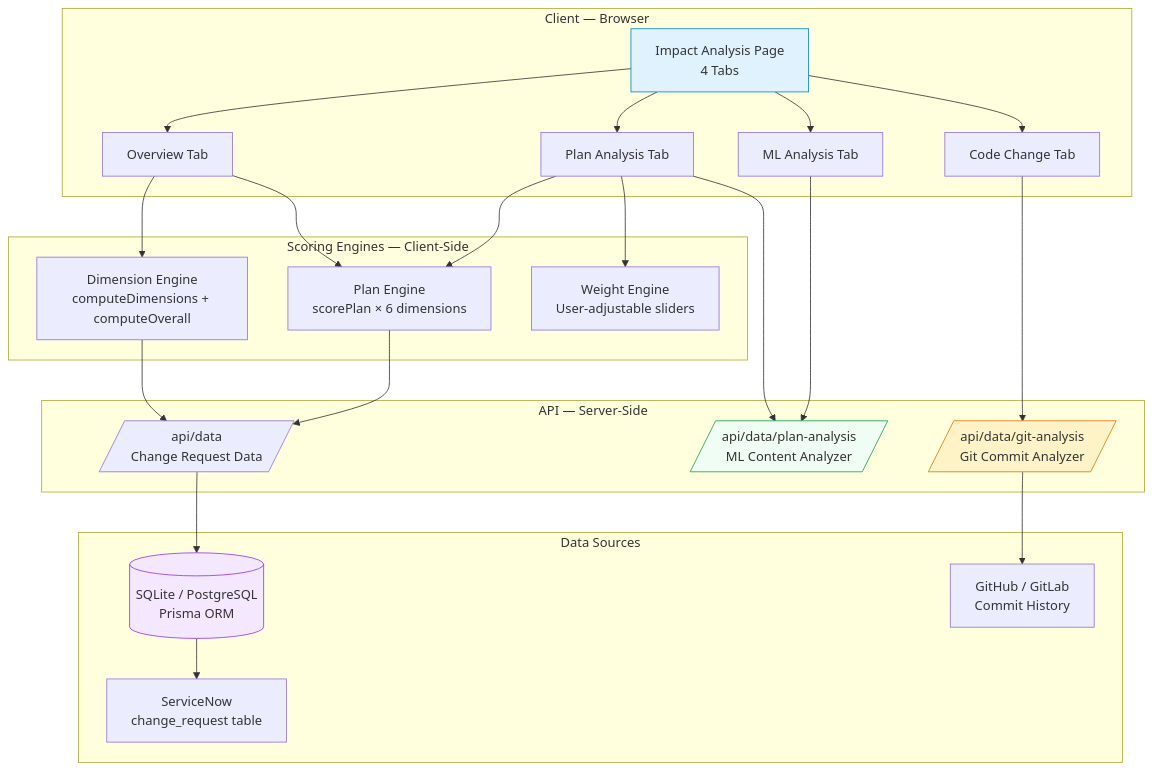
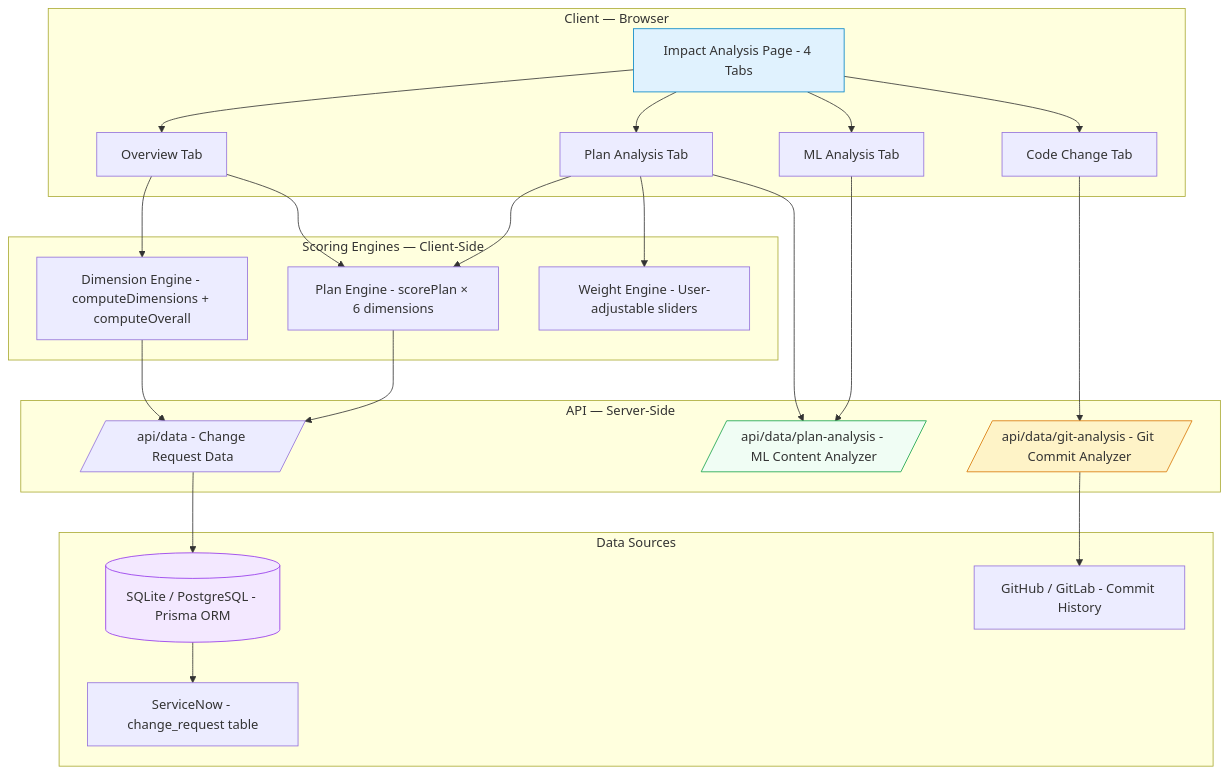
Before and after one commit to jj-shen99/changefabric: the second of 9 diagrams in docs/IMPACT_ANALYSIS.md, drawn with Mermaid. The commit also changed other lines of this file and 10 other files, not shown here.

First line of the commit message:
Fix Mermaid syntax errors, update all docs to v1.3.0

````diff
--- a/docs/IMPACT_ANALYSIS.md
+++ b/docs/IMPACT_ANALYSIS.md
@@ -54,51 +54,51 @@
 ```mermaid
 graph TB
     subgraph "Client — Browser"
-        UI[Impact Analysis Page<br/>4 Tabs]
+        UI[Impact Analysis Page - 4 Tabs]
         OV[Overview Tab]
         PT[Plan Analysis Tab]
         MT[ML Analysis Tab]
         CT[Code Change Tab]
         UI --> OV
         UI --> PT
         UI --> MT
         UI --> CT
     end
 
     subgraph "Scoring Engines — Client-Side"
-        DE[Dimension Engine<br/>computeDimensions + computeOverall]
-        PE[Plan Engine<br/>scorePlan × 6 dimensions]
-        WE[Weight Engine<br/>User-adjustable sliders]
+        DE[Dimension Engine - computeDimensions + computeOverall]
+        PE[Plan Engine - scorePlan × 6 dimensions]
+        WE[Weight Engine - User-adjustable sliders]
     end
 
     subgraph "API — Server-Side"
-        PLA[/api/data/plan-analysis<br/>ML Content Analyzer/]
-        GIT[/api/data/git-analysis<br/>Git Commit Analyzer/]
-        DATA[/api/data<br/>Change Request Data/]
+        PLA[/api/data/plan-analysis - ML Content Analyzer/]
+        GIT[/api/data/git-analysis - Git Commit Analyzer/]
+        DATA[/api/data - Change Request Data/]
     end
 
     subgraph "Data Sources"
-        DB[(SQLite / PostgreSQL<br/>Prisma ORM)]
-        SN[ServiceNow<br/>change_request table]
-        GH[GitHub / GitLab<br/>Commit History]
+        DB[(SQLite / PostgreSQL - Prisma ORM)]
+        SN[ServiceNow - change_request table]
+        GH[GitHub / GitLab - Commit History]
     end
 
     OV --> DE
     OV --> PE
     PT --> PE
     PT --> WE
     PT --> PLA
     MT --> PLA
     CT --> GIT
 
     DE --> DATA
     PE --> DATA
     DATA --> DB
     DB --> SN
     GIT --> GH
 
     style UI fill:#e0f2fe,stroke:#0284c7
     style PLA fill:#f0fdf4,stroke:#16a34a
     style GIT fill:#fef3c7,stroke:#d97706
     style DB fill:#f3e8ff,stroke:#9333ea
 ```
````
